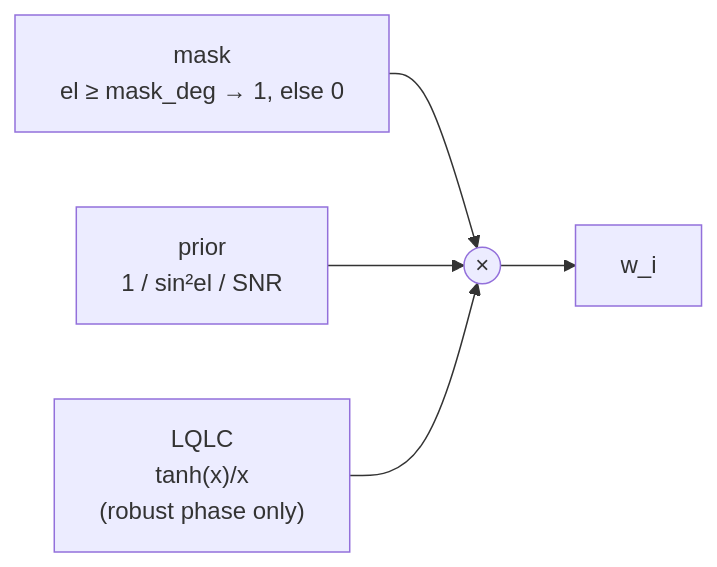
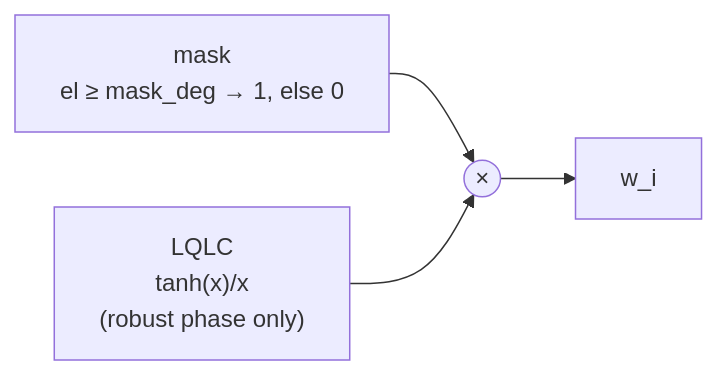
One commit to sing456123/FYP changed the eighth of 11 diagrams in README.md. Above: the diagram before and after it, drawn with Mermaid. The commit also changed other lines of this file and 12 other files, not shown here.

````diff
--- a/README.md
+++ b/README.md
@@ -206,7 +203,6 @@
 ```mermaid
 flowchart LR
     M["mask<br/>el ≥ mask_deg → 1, else 0"] --> X(("×"))
-    PW["prior<br/>1 / sin²el / SNR"] --> X
     LQ["LQLC<br/>tanh(x)/x<br/>(robust phase only)"] --> X
     X --> W["w_i"]
 ```
````
